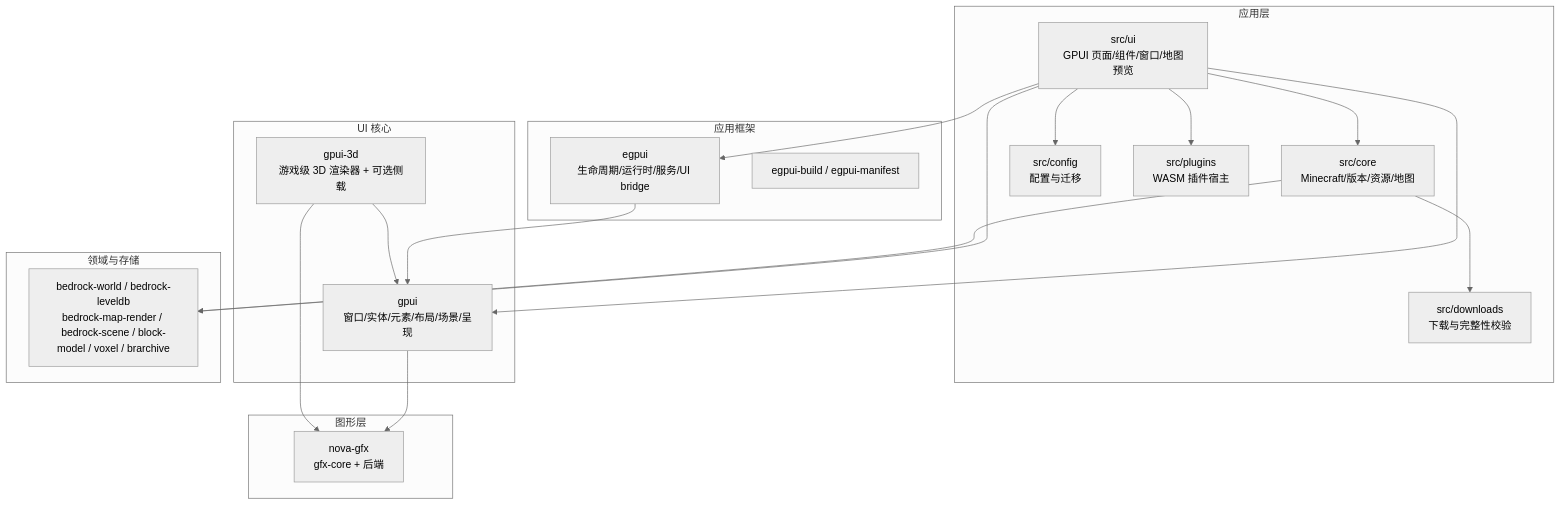
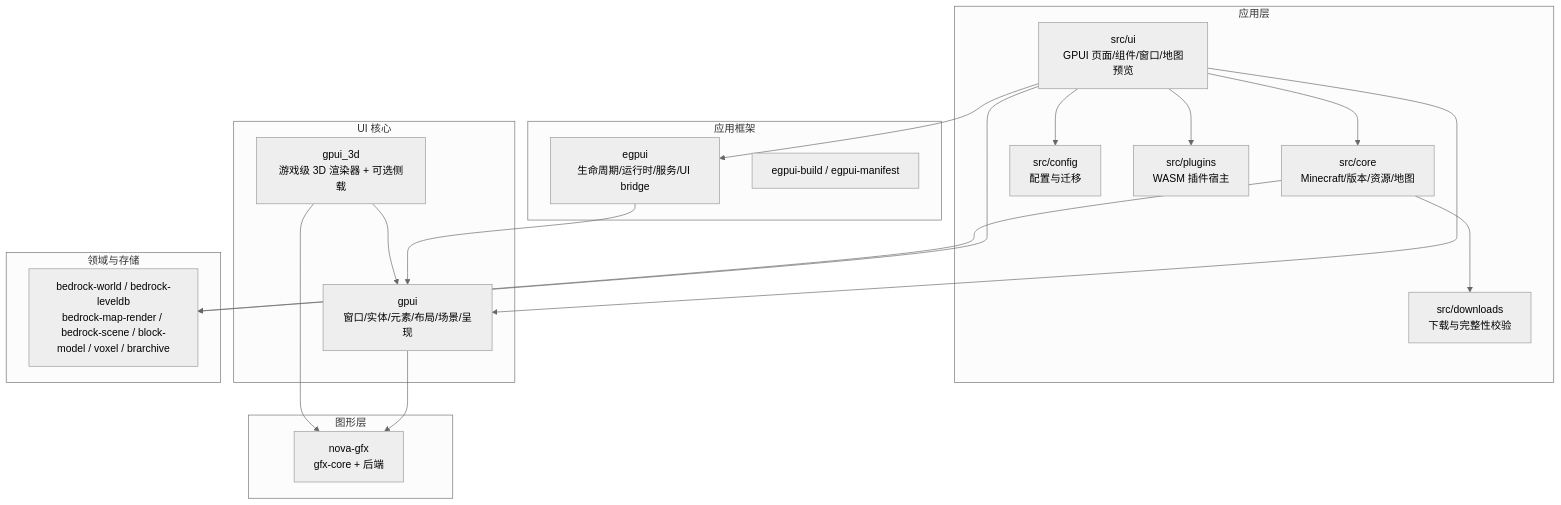
Before and after one commit to Chlna6666/Better-Minecraft-Bedrock-Launcher: the diagram in docs/ARCHITECTURE.md, drawn with Mermaid (neutral theme). The commit also changed other lines of this file and 22 other files, not shown here.

````diff
--- a/docs/ARCHITECTURE.md
+++ b/docs/ARCHITECTURE.md
@@ -8,36 +8,36 @@
 ```mermaid
 flowchart TB
     subgraph App["应用层"]
         UI["src/ui\nGPUI 页面/组件/窗口/地图预览"]
         Core["src/core\nMinecraft/版本/资源/地图"]
         Downloads["src/downloads\n下载与完整性校验"]
         Config["src/config\n配置与迁移"]
         Plugins["src/plugins\nWASM 插件宿主"]
     end
     subgraph Framework["应用框架"]
         Egpui["egpui\n生命周期/运行时/服务/UI bridge"]
         EgpuiBuild["egpui-build / egpui-manifest"]
     end
     subgraph UiCore["UI 核心"]
         Gpui["gpui\n窗口/实体/元素/布局/场景/呈现"]
-        Gpui3d["gpui-3d\n游戏级 3D 渲染器 + 可选侧载"]
+        Gpui3d["gpui_3d\n游戏级 3D 渲染器 + 可选侧载"]
     end
     subgraph Gfx["图形层"]
         Nova["nova-gfx\ngfx-core + 后端"]
     end
     subgraph Domain["领域与存储"]
         Bedrock["bedrock-world / bedrock-leveldb\nbedrock-map-render / bedrock-scene / block-model / voxel / brarchive"]
     end
     UI --> Core
     UI --> Bedrock
     UI --> Config
     UI --> Plugins
     Core --> Downloads
     UI --> Gpui
     UI --> Egpui
     Egpui --> Gpui
     Gpui --> Nova
     Gpui3d --> Gpui
     Gpui3d --> Nova
     Core --> Bedrock
 ```
````
